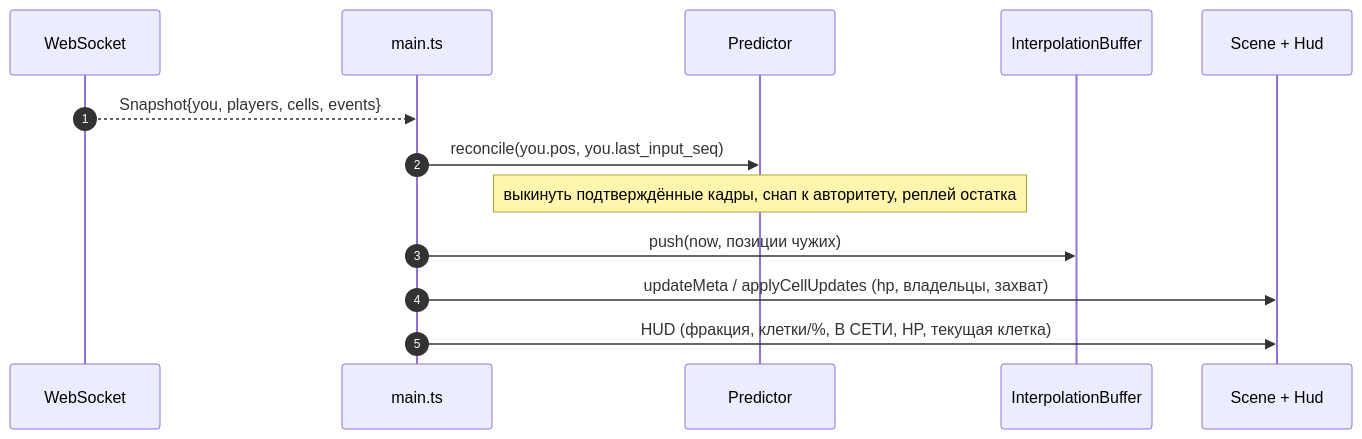
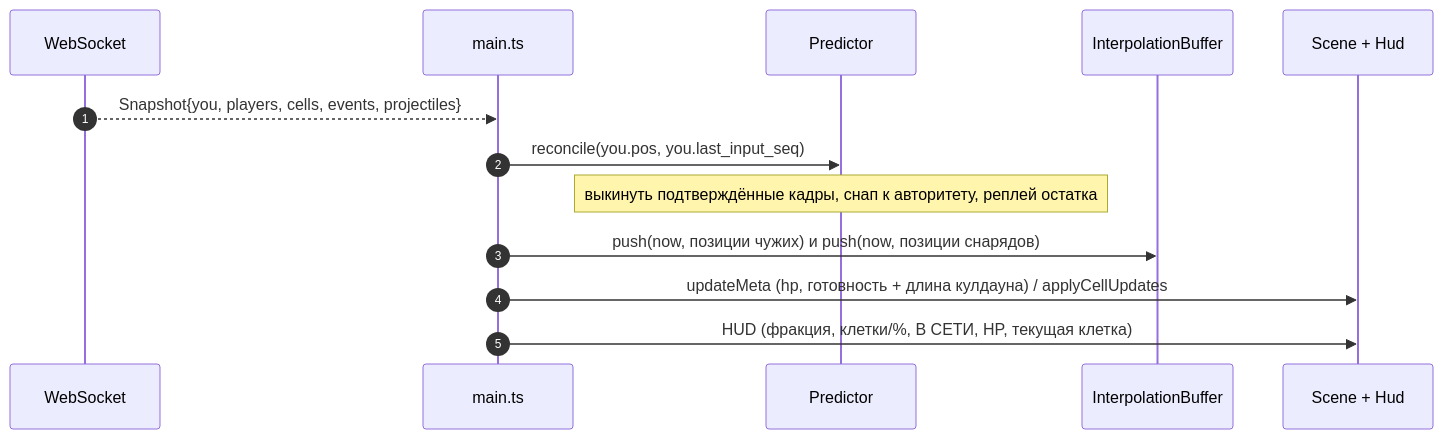
One commit to litcxx/Game changed the third of 3 diagrams in client/docs/sequence-diagram.md. Above: the diagram before and after it, drawn with Mermaid. The commit also changed other lines of this file and 6 other files, not shown here.

````diff
--- a/client/docs/sequence-diagram.md
+++ b/client/docs/sequence-diagram.md
@@ -60,16 +61,16 @@
 ```mermaid
 sequenceDiagram
     autonumber
     participant ws as WebSocket
     participant main as main.ts
     participant pred as Predictor
     participant interp as InterpolationBuffer
     participant scene as Scene + Hud
 
-    ws-->>main: Snapshot{you, players, cells, events}
+    ws-->>main: Snapshot{you, players, cells, events, projectiles}
     main->>pred: reconcile(you.pos, you.last_input_seq)
     Note over pred: выкинуть подтверждённые кадры, снап к авторитету, реплей остатка
-    main->>interp: push(now, позиции чужих)
-    main->>scene: updateMeta / applyCellUpdates (hp, владельцы, захват)
+    main->>interp: push(now, позиции чужих) и push(now, позиции снарядов)
+    main->>scene: updateMeta (hp, готовность + длина кулдауна) / applyCellUpdates
     main->>scene: HUD (фракция, клетки/%, В СЕТИ, HP, текущая клетка)
 ```
````
